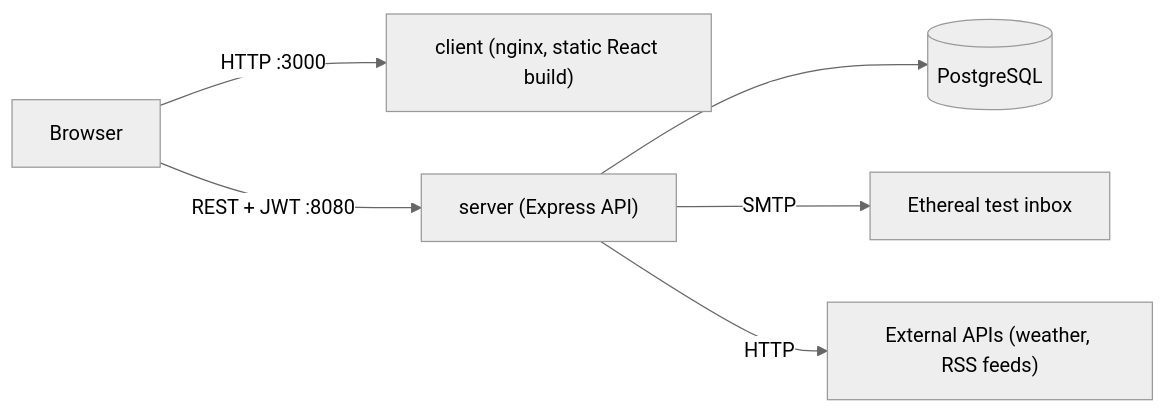
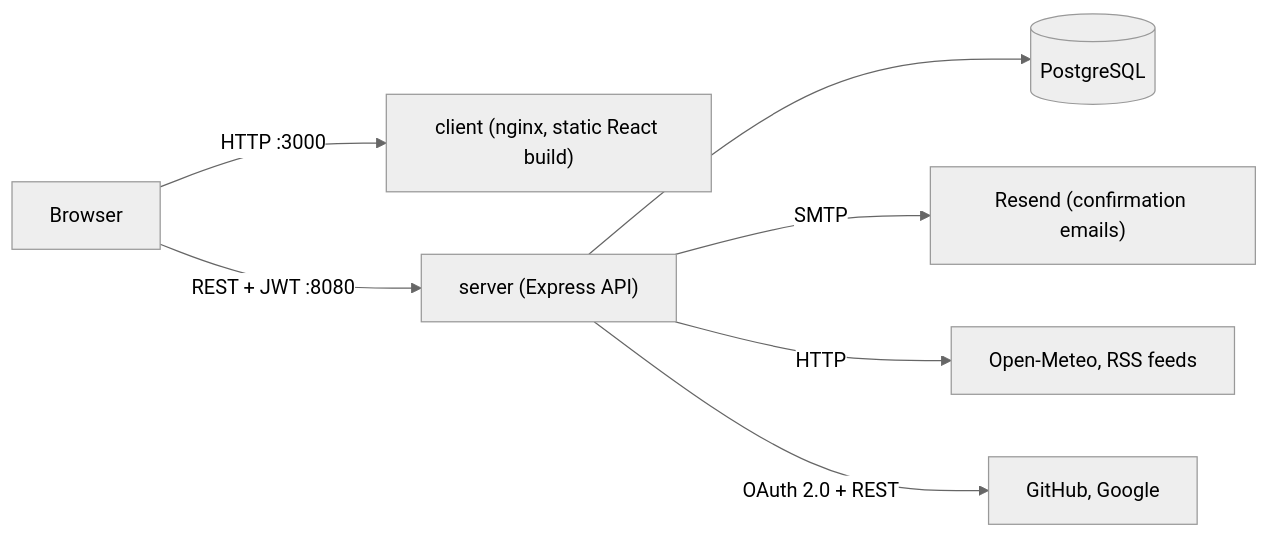
One commit to Thibani/Dashboard changed the first of 2 diagrams in docs/dev-doc.md. Above: the diagram before and after it, drawn with Mermaid (neutral theme). The commit also changed other lines of this file and 5 other files, not shown here.

````diff
--- a/docs/dev-doc.md
+++ b/docs/dev-doc.md
@@ -30,8 +32,9 @@
 ```mermaid
 flowchart LR
     Browser -->|"HTTP :3000"| Client["client (nginx, static React build)"]
     Browser -->|"REST + JWT :8080"| Server["server (Express API)"]
     Server --> DB[("PostgreSQL")]
-    Server -->|SMTP| Mail["Ethereal test inbox"]
-    Server -->|HTTP| Ext["External APIs (weather, RSS feeds)"]
+    Server -->|SMTP| Mail["Resend (confirmation emails)"]
+    Server -->|HTTP| Ext["Open-Meteo, RSS feeds"]
+    Server -->|"OAuth 2.0 + REST"| Prov["GitHub, Google"]
 ```
````
